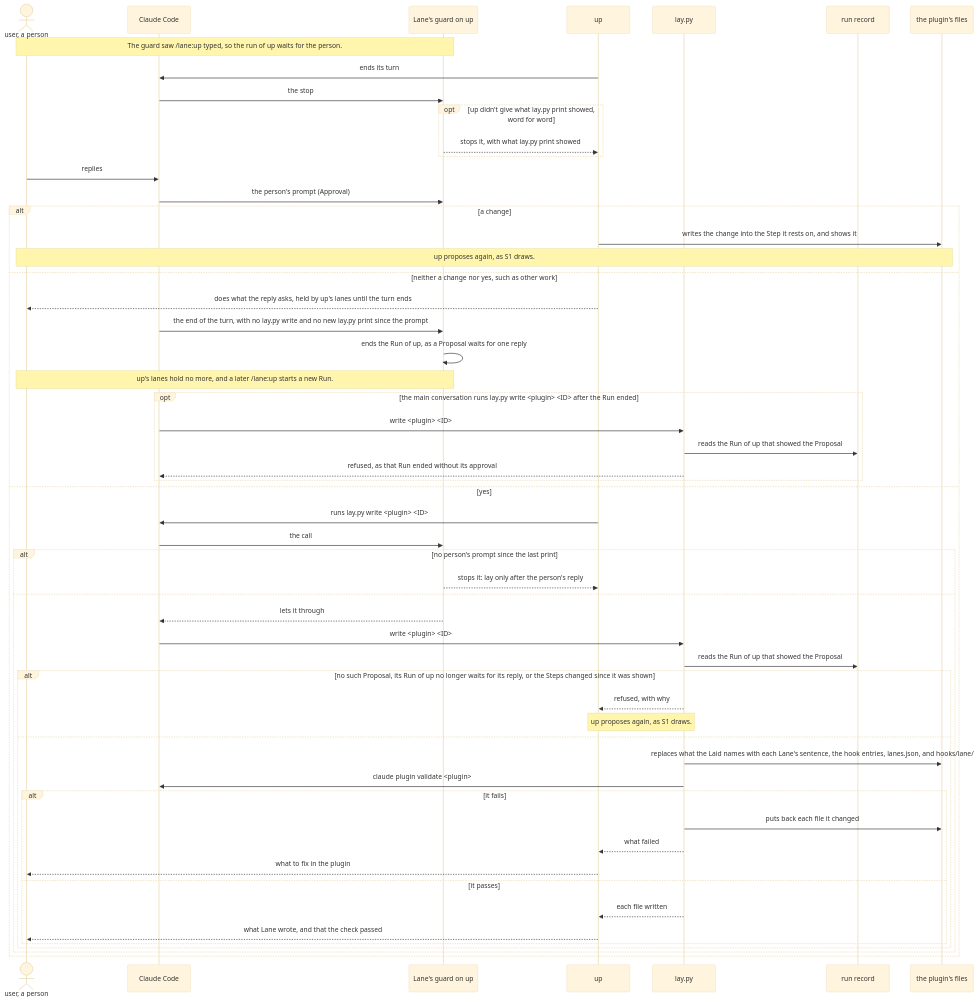
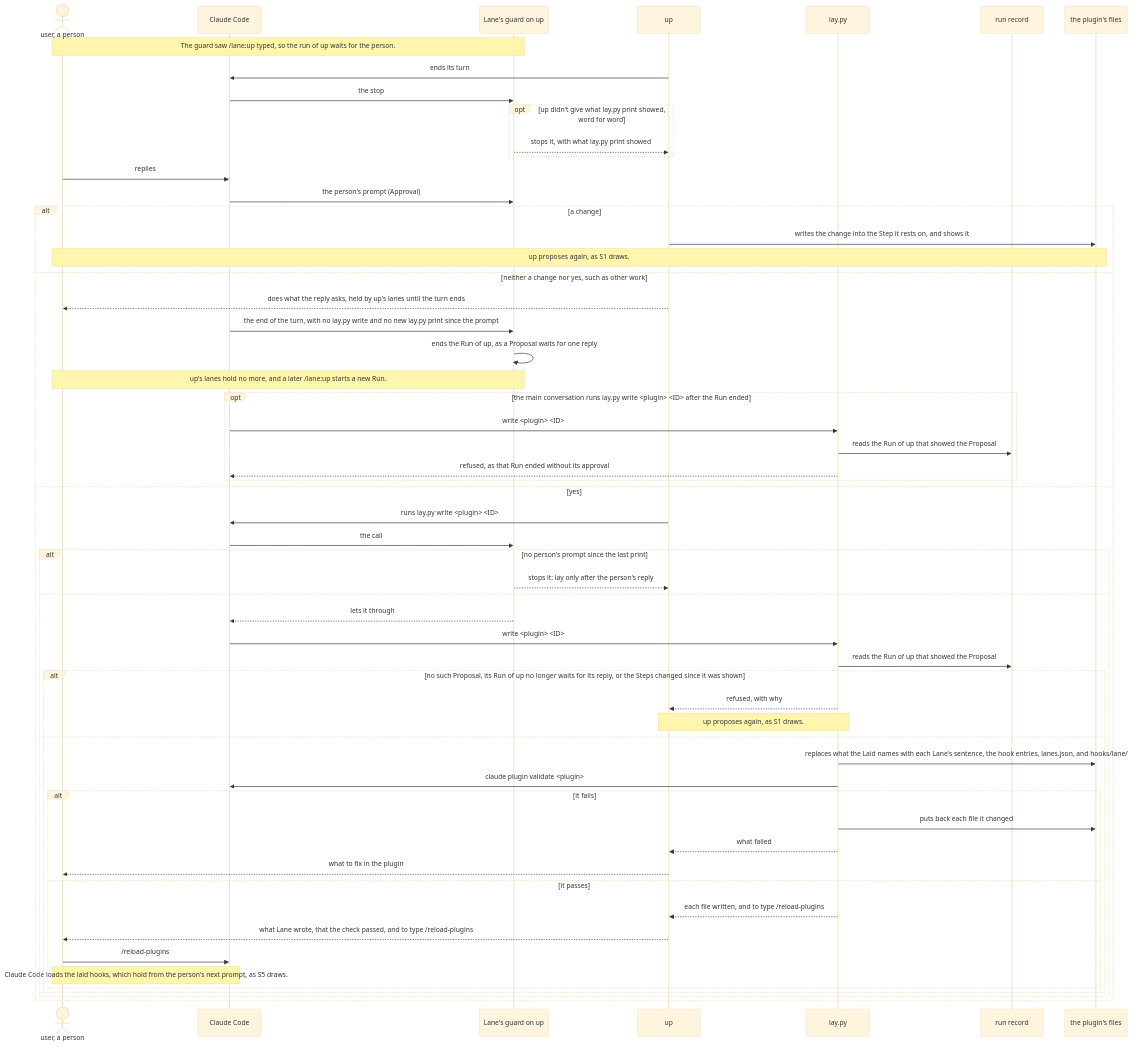
One commit to lovaizu/ccpm changed the second of 7 diagrams in dev/lane/architecture.md. Above: the diagram before and after it, drawn with Mermaid (base theme). The commit also changed other lines of this file and 5 other files, not shown here.

First line of the commit message:
Lane: the checks laid hold from the prompt after /reload-plugins, which lay.py write asks for, so the walkthrough types it after each lay, and an AI that lays by its own act asks whoever gives its conversation the prompts

````diff
--- a/dev/lane/architecture.md
+++ b/dev/lane/architecture.md
@@ -339,57 +341,59 @@
 ```mermaid
 sequenceDiagram
   actor U as user, a person
   participant CC as Claude Code
   participant G as Lane's guard on up
   participant UP as up
   participant L as lay.py
   participant RS as run record
   participant F as the plugin's files
   Note over U,G: The guard saw /lane:up typed, so the run of up waits for the person.
   UP->>CC: ends its turn
   CC->>G: the stop
   opt up didn't give what lay.py print showed, word for word
     G-->>UP: stops it, with what lay.py print showed
   end
   U->>CC: replies
   CC->>G: the person's prompt (Approval)
   alt a change
     UP->>F: writes the change into the Step it rests on, and shows it
     Note over U,F: up proposes again, as S1 draws.
   else neither a change nor yes, such as other work
     UP-->>U: does what the reply asks, held by up's lanes until the turn ends
     CC->>G: the end of the turn, with no lay.py write and no new lay.py print since the prompt
     G->>G: ends the Run of up, as a Proposal waits for one reply
     Note over U,G: up's lanes hold no more, and a later /lane:up starts a new Run.
     opt the main conversation runs lay.py write <plugin> <ID> after the Run ended
       CC->>L: write <plugin> <ID>
       L->>RS: reads the Run of up that showed the Proposal
       L-->>CC: refused, as that Run ended without its approval
     end
   else yes
     UP->>CC: runs lay.py write <plugin> <ID>
     CC->>G: the call
     alt no person's prompt since the last print
       G-->>UP: stops it: lay only after the person's reply
     else
       G-->>CC: lets it through
       CC->>L: write <plugin> <ID>
       L->>RS: reads the Run of up that showed the Proposal
       alt no such Proposal, its Run of up no longer waits for its reply, or the Steps changed since it was shown
         L-->>UP: refused, with why
         Note over UP,L: up proposes again, as S1 draws.
       else
         L->>F: replaces what the Laid names with each Lane's sentence, the hook entries, lanes.json, and hooks/lane/
         L->>CC: claude plugin validate <plugin>
         alt it fails
           L->>F: puts back each file it changed
           L-->>UP: what failed
           UP-->>U: what to fix in the plugin
         else it passes
-          L-->>UP: each file written
-          UP-->>U: what Lane wrote, and that the check passed
+          L-->>UP: each file written, and to type /reload-plugins
+          UP-->>U: what Lane wrote, that the check passed, and to type /reload-plugins
+          U->>CC: /reload-plugins
+          Note over U,CC: Claude Code loads the laid hooks, which hold from the person's next prompt, as S5 draws.
         end
       end
     end
   end
 ```
````
